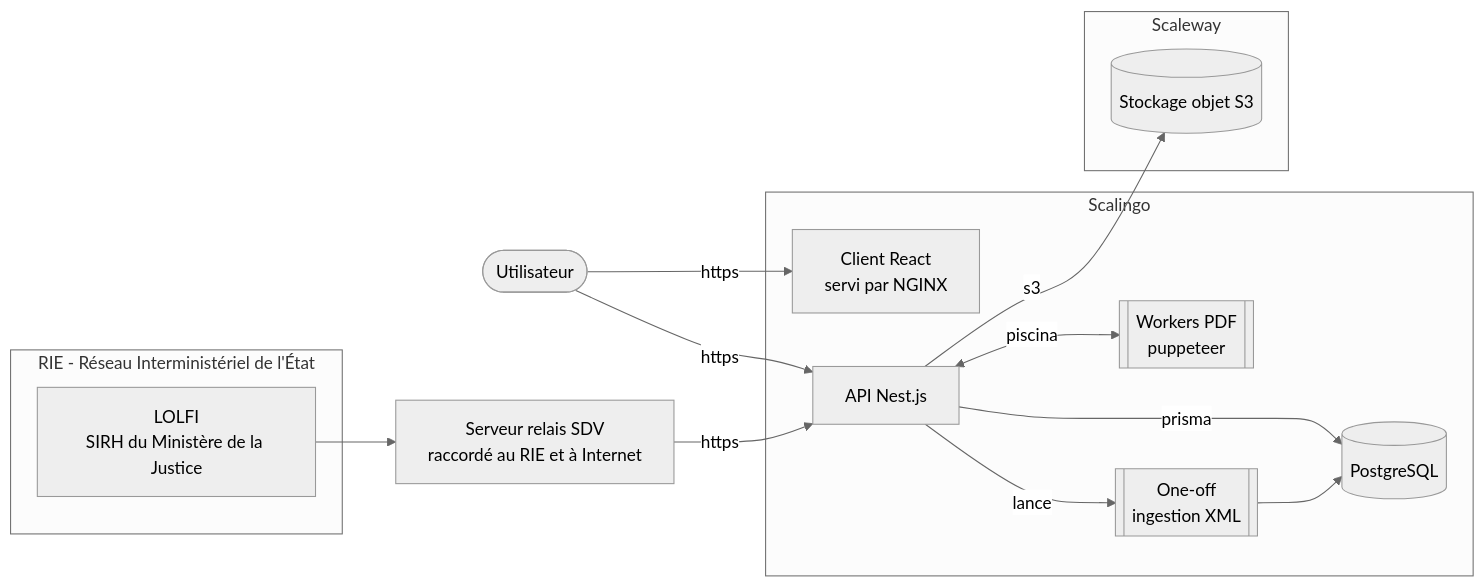
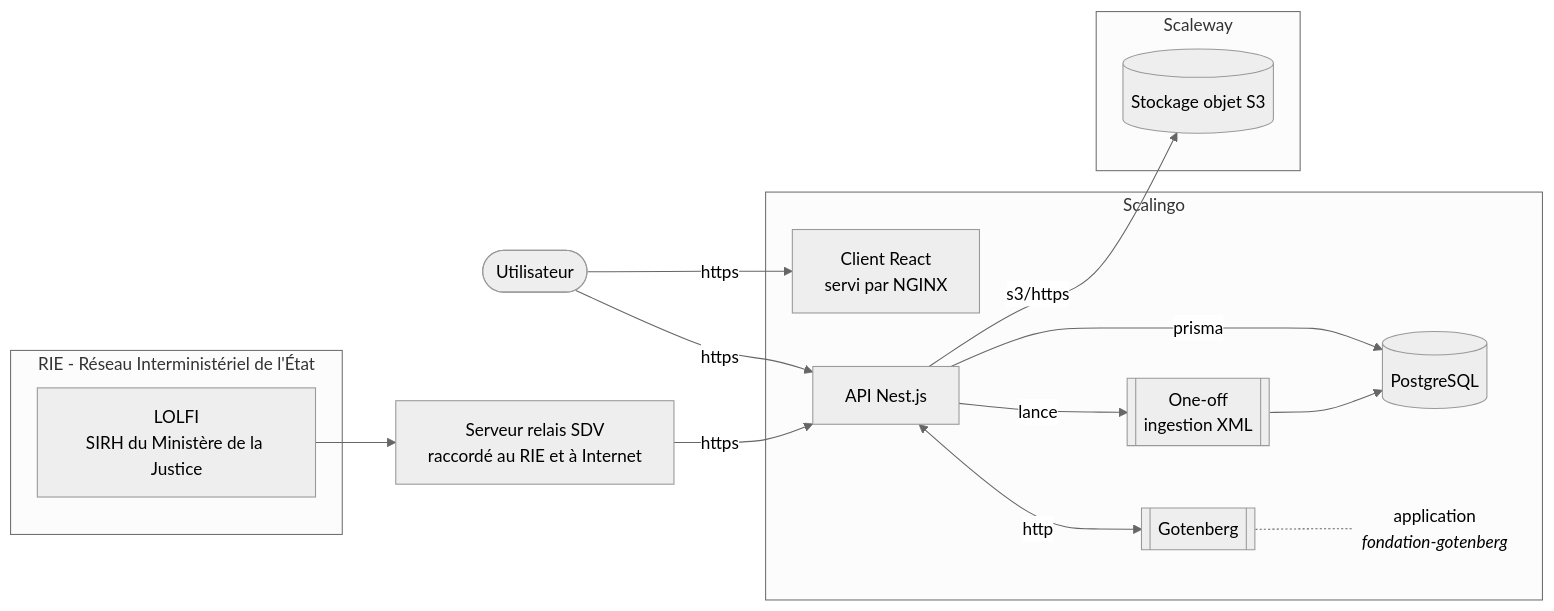
The diagram in repos/betagouv/fondation/README.md (betagouv/gitscan), drawn with Mermaid (neutral theme) before and after one commit. The commit also changed other lines of this file and 9 other files, not shown here.

````diff
--- a/repos/betagouv/fondation/README.md
+++ b/repos/betagouv/fondation/README.md
@@ -16,32 +16,34 @@
 ```mermaid
 flowchart LR
   user([Utilisateur])
 
   subgraph rie[RIE - Réseau Interministériel de l'État]
     lolfi["LOLFI<br/>SIRH du Ministère de la Justice"]
   end
 
   sdv["Serveur relais SDV<br/>raccordé au RIE et à Internet"]
 
   subgraph scalingo[Scalingo]
     front["Client React<br/>servi par NGINX"]
     back[API Nest.js]
     db[(PostgreSQL)]
-    pdf[["Workers PDF<br/>puppeteer"]]
     oneoff[["One-off<br/>ingestion XML"]]
+    gotenberg[["Gotenberg"]]
+    gotenberg_app@{ shape: text, label: "application<br/><em>fondation-gotenberg</em>" }
   end
 
   subgraph scaleway[Scaleway]
     storage[(Stockage objet S3)]
   end
 
   user -- https --> front
   user -- https --> back
   lolfi --> sdv
   sdv -- https --> back
   back -- prisma --> db
-  back <-- piscina --> pdf
+  back <-- http --> gotenberg
+  gotenberg -.- gotenberg_app
   back -- lance --> oneoff
   oneoff --> db
-  back -- s3 --> storage
+  back -- s3/https --> storage
 ```
````
